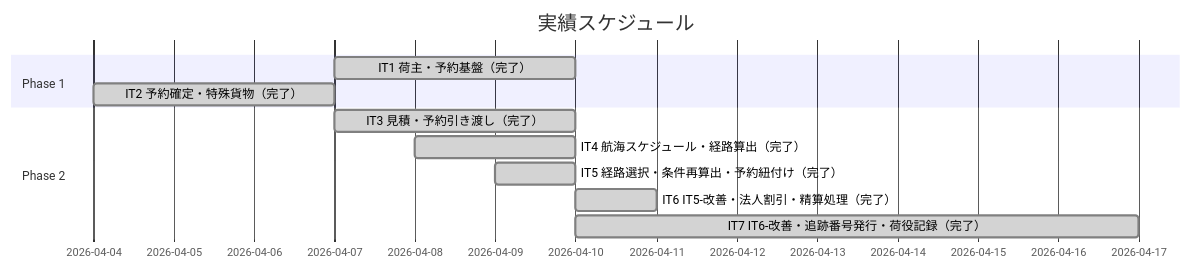
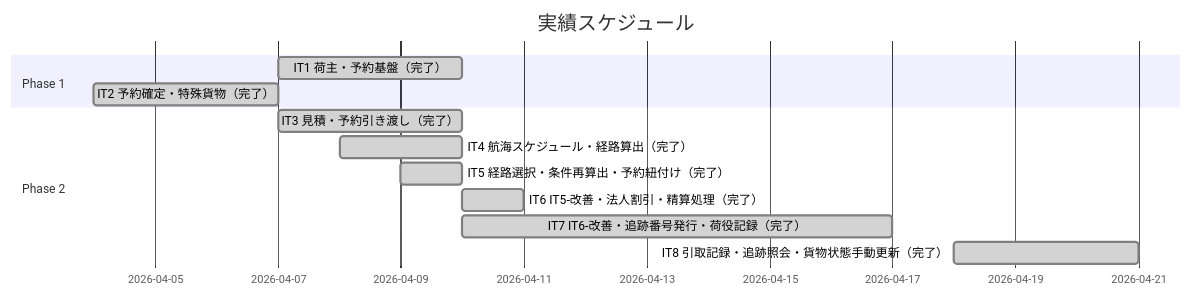
One commit to k2works/case-study-cargo-tracker changed the second of 3 diagrams in docs/development/release_plan.md. Above: the diagram before and after it, drawn with Mermaid. The commit also changed other lines of this file and 5 other files, not shown here.

````diff
--- a/docs/development/release_plan.md
+++ b/docs/development/release_plan.md
@@ -159,14 +159,15 @@
 ```mermaid
 gantt
     title 実績スケジュール
     dateFormat  YYYY-MM-DD
     section Phase 1
     IT1 荷主・予約基盤（完了）         :done, a1, 2026-04-07, 3d
     IT2 予約確定・特殊貨物（完了）     :done, a2, 2026-04-04, 3d
     section Phase 2
     IT3 見積・予約引き渡し（完了）     :done, a3, 2026-04-07, 3d
     IT4 航海スケジュール・経路算出（完了） :done, a4, 2026-04-08, 2d
     IT5 経路選択・条件再算出・予約紐付け（完了） :done, a5, 2026-04-09, 1d
     IT6 IT5-改善・法人割引・精算処理（完了） :done, a6, 2026-04-10, 1d
     IT7 IT6-改善・追跡番号発行・荷役記録（完了） :done, a7, 2026-04-10, 7d
+    IT8 引取記録・追跡照会・貨物状態手動更新（完了） :done, a8, 2026-04-18, 3d
 ```
````
